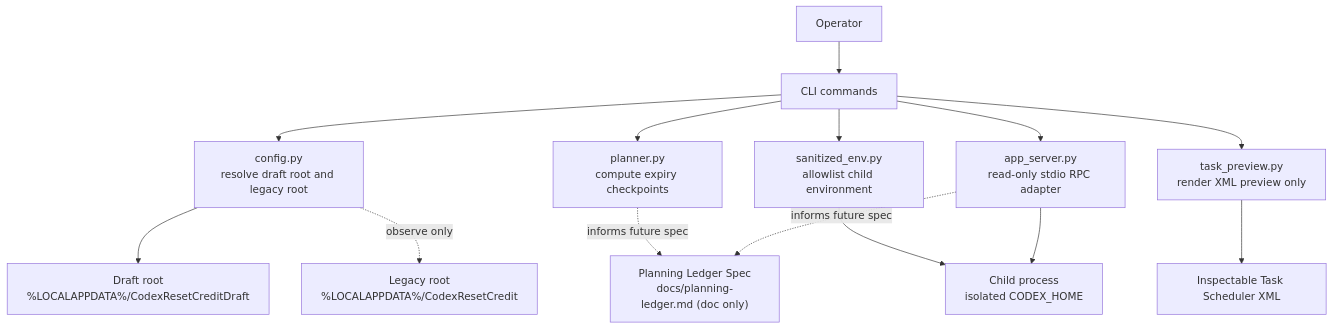
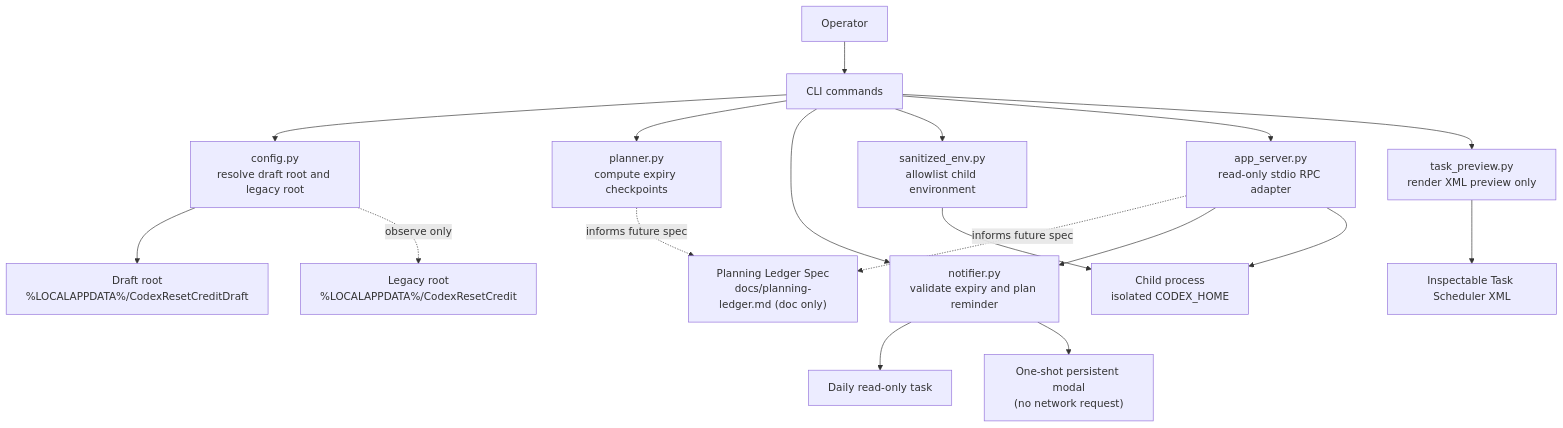
Before and after one commit to igorsaevets/codex-reset-credit-manager-cleanroom: the diagram in docs/architecture.md, drawn with Mermaid. The commit also changed other lines of this file and 18 other files, not shown here.

First line of the commit message:
Add localized T-12 reset-expiry notifier for Windows

````diff
--- a/docs/architecture.md
+++ b/docs/architecture.md
@@ -66,16 +69,20 @@
 ```mermaid
 flowchart TD
     User["Operator"] --> CLI["CLI commands"]
     CLI --> Config["config.py\nresolve draft root and legacy root"]
     CLI --> Planner["planner.py\ncompute expiry checkpoints"]
+    CLI --> Notifier["notifier.py\nvalidate expiry and plan reminder"]
     CLI --> Env["sanitized_env.py\nallowlist child environment"]
     CLI --> AppServer["app_server.py\nread-only stdio RPC adapter"]
     Planner -. informs future spec .-> Ledger["Planning Ledger Spec\ndocs/planning-ledger.md (doc only)"]
     AppServer -. informs future spec .-> Ledger
+    AppServer --> Notifier
     CLI --> Task["task_preview.py\nrender XML preview only"]
     Config --> Draft["Draft root\n%LOCALAPPDATA%/CodexResetCreditDraft"]
     Config -. observe only .-> Legacy["Legacy root\n%LOCALAPPDATA%/CodexResetCredit"]
     Env --> Child["Child process\nisolated CODEX_HOME"]
     AppServer --> Child
+    Notifier --> Daily["Daily read-only task"]
+    Notifier --> Notice["One-shot persistent modal\n(no network request)"]
     Task --> Xml["Inspectable Task Scheduler XML"]
 ```
````
